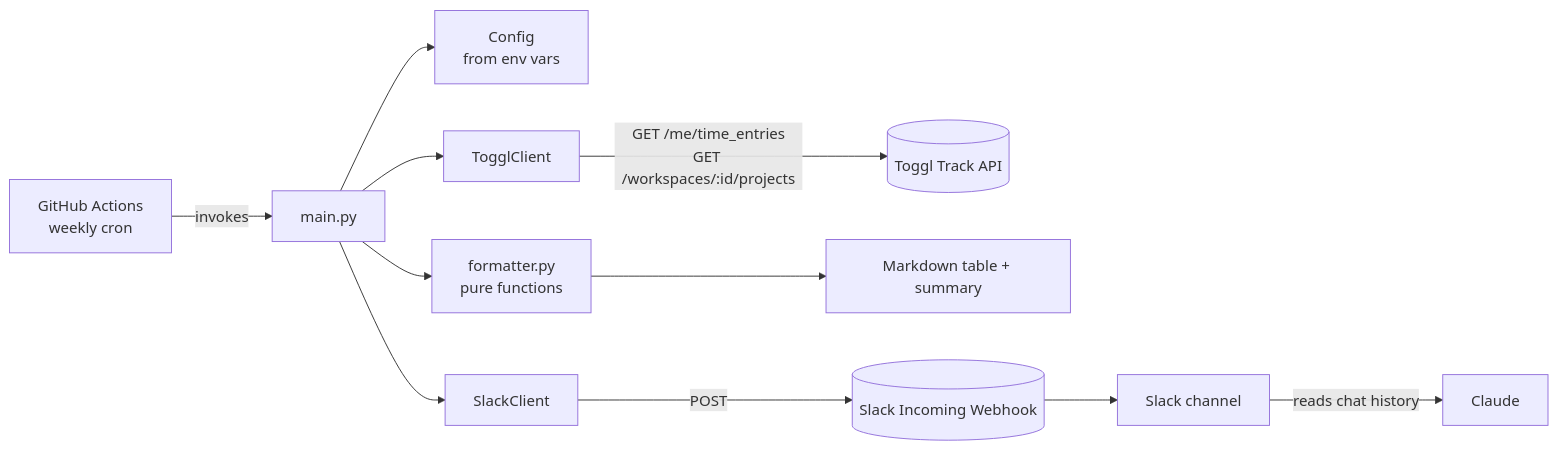
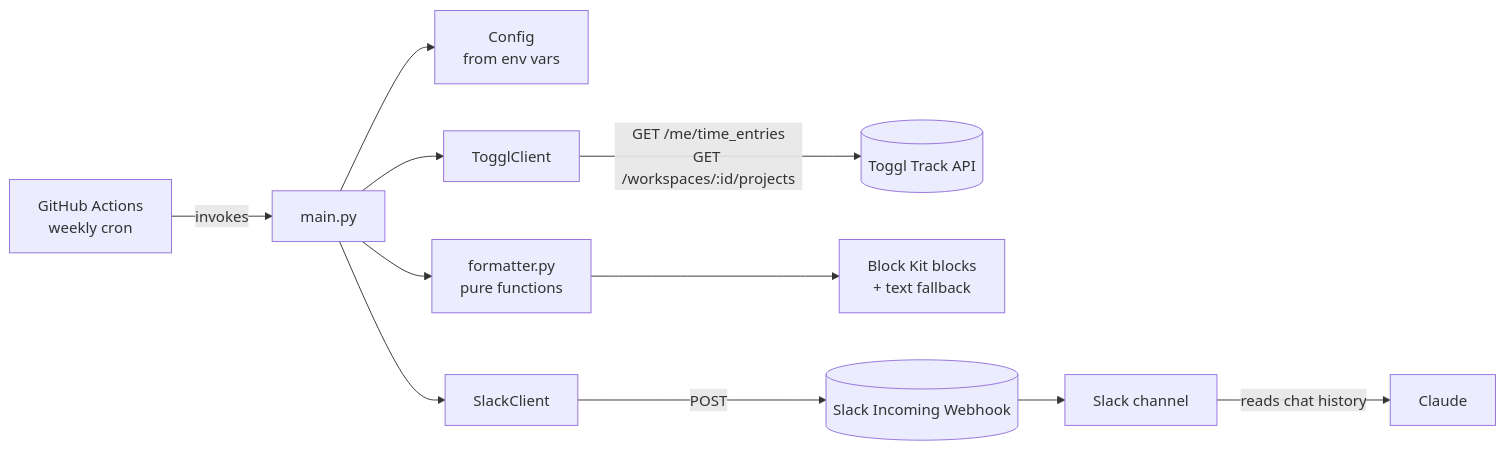
The diagram in README.md (adisakshya/toggl-track-slack-digest), drawn with Mermaid before and after one commit. The commit also changed other lines of this file and 10 other files, not shown here.

First line of the commit message:
Redesign digest: aggregate-only, native Slack Block Kit rendering

````diff
--- a/README.md
+++ b/README.md
@@ -15,13 +17,13 @@
 ```mermaid
 flowchart LR
     A[GitHub Actions<br/>weekly cron] -->|invokes| B[main.py]
     B --> C[Config<br/>from env vars]
     B --> D[TogglClient]
     D -->|GET /me/time_entries<br/>GET /workspaces/:id/projects| E[(Toggl Track API)]
     B --> F[formatter.py<br/>pure functions]
-    F --> G[Markdown table + summary]
+    F --> G[Block Kit blocks<br/>+ text fallback]
     B --> H[SlackClient]
     H -->|POST| I[(Slack Incoming Webhook)]
     I --> J[Slack channel]
     J -->|reads chat history| K[Claude]
 ```
````
